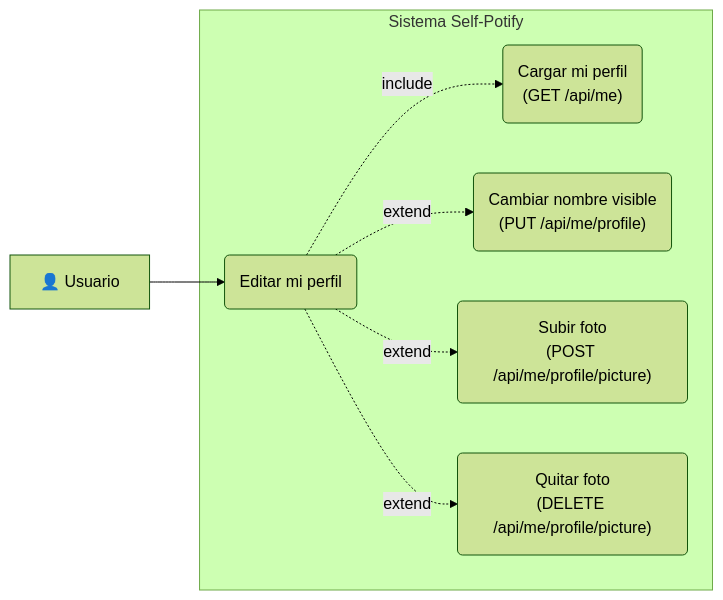
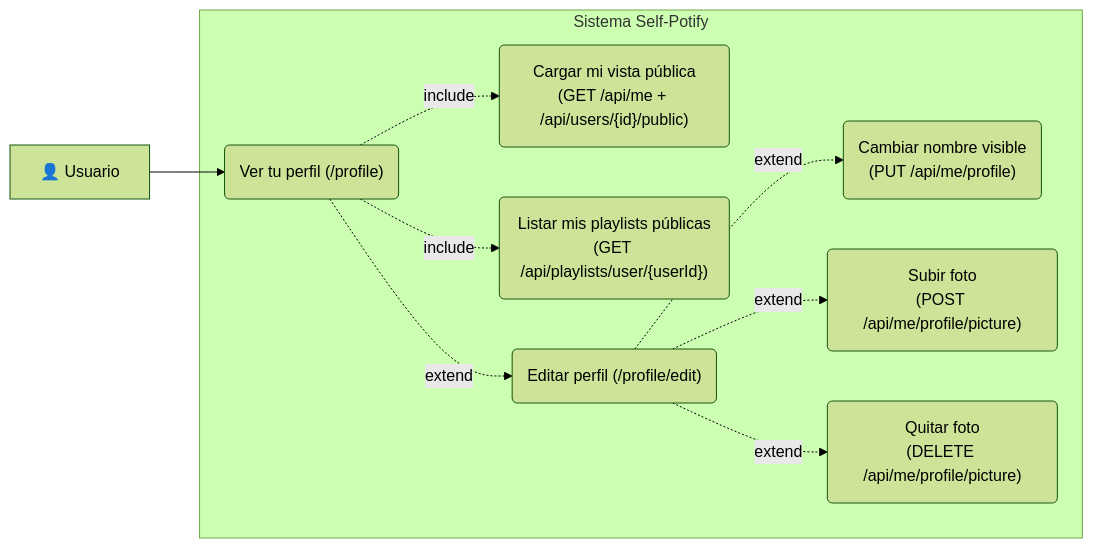
Before and after one commit to conguchu/selfpotify: diagram 21 of 23 in README.md, drawn with Mermaid (forest theme). The commit also changed other lines of this file and 5 other files, not shown here.

Commit message:
(refactor) profile: /profile pasa a ser tu vista publica, edicion movida a /profile/edit

````diff
--- a/README.md
+++ b/README.md
@@ -830,18 +840,22 @@
 ```mermaid
 graph LR
     User["👤 Usuario"]
 
     subgraph Sistema Self-Potify
-        UCP("Editar mi perfil")
-        UCPa("Cargar mi perfil<br/>(GET /api/me)")
-        UCPb("Cambiar nombre visible<br/>(PUT /api/me/profile)")
-        UCPc("Subir foto<br/>(POST /api/me/profile/picture)")
-        UCPd("Quitar foto<br/>(DELETE /api/me/profile/picture)")
+        UCP("Ver tu perfil (/profile)")
+        UCPa("Cargar mi vista pública<br/>(GET /api/me + /api/users/{id}/public)")
+        UCPb("Listar mis playlists públicas<br/>(GET /api/playlists/user/{userId})")
+        UCE("Editar perfil (/profile/edit)")
+        UCEa("Cambiar nombre visible<br/>(PUT /api/me/profile)")
+        UCEb("Subir foto<br/>(POST /api/me/profile/picture)")
+        UCEc("Quitar foto<br/>(DELETE /api/me/profile/picture)")
     end
 
     User --> UCP
     UCP -.->|include| UCPa
-    UCP -.->|extend| UCPb
-    UCP -.->|extend| UCPc
-    UCP -.->|extend| UCPd
+    UCP -.->|include| UCPb
+    UCP -.->|extend| UCE
+    UCE -.->|extend| UCEa
+    UCE -.->|extend| UCEb
+    UCE -.->|extend| UCEc
 ```
````
